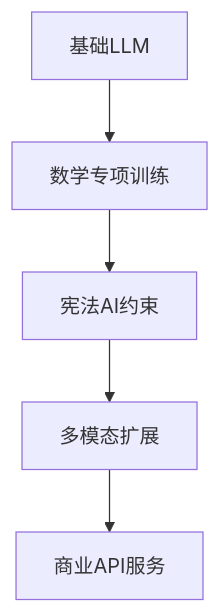
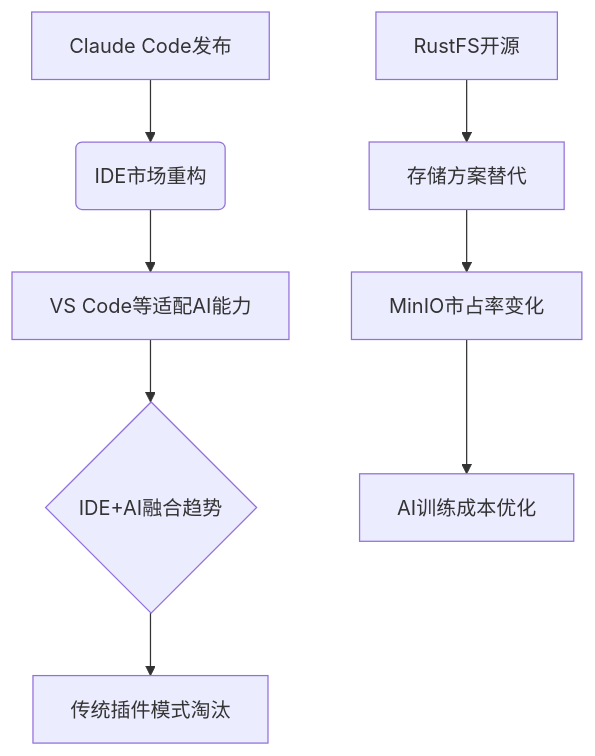
Before and after one commit to WarrenHao/AiDaily: the second of 2 diagrams in daily/2025-07-08.md, drawn with Mermaid. The commit also changed other lines of this file, not shown here.

````diff
--- a/daily/2025-07-08.md
+++ b/daily/2025-07-08.md
@@ -58,7 +56,10 @@
 ```mermaid
 graph TD
-    A[基础LLM] --> B[数学专项训练]
-    B --> C[宪法AI约束]
-    C --> D[多模态扩展]
-    D --> E[商业API服务]
+  A[Claude Code发布] --> B(IDE市场重构)
+  B --> C[VS Code等适配AI能力]
+  C --> D{IDE+AI融合趋势}
+  D --> E[传统插件模式淘汰]
+  F[RustFS开源] --> G[存储方案替代]
+  G --> H[MinIO市占率变化]
+  H --> I[AI训练成本优化]
 ```
````
